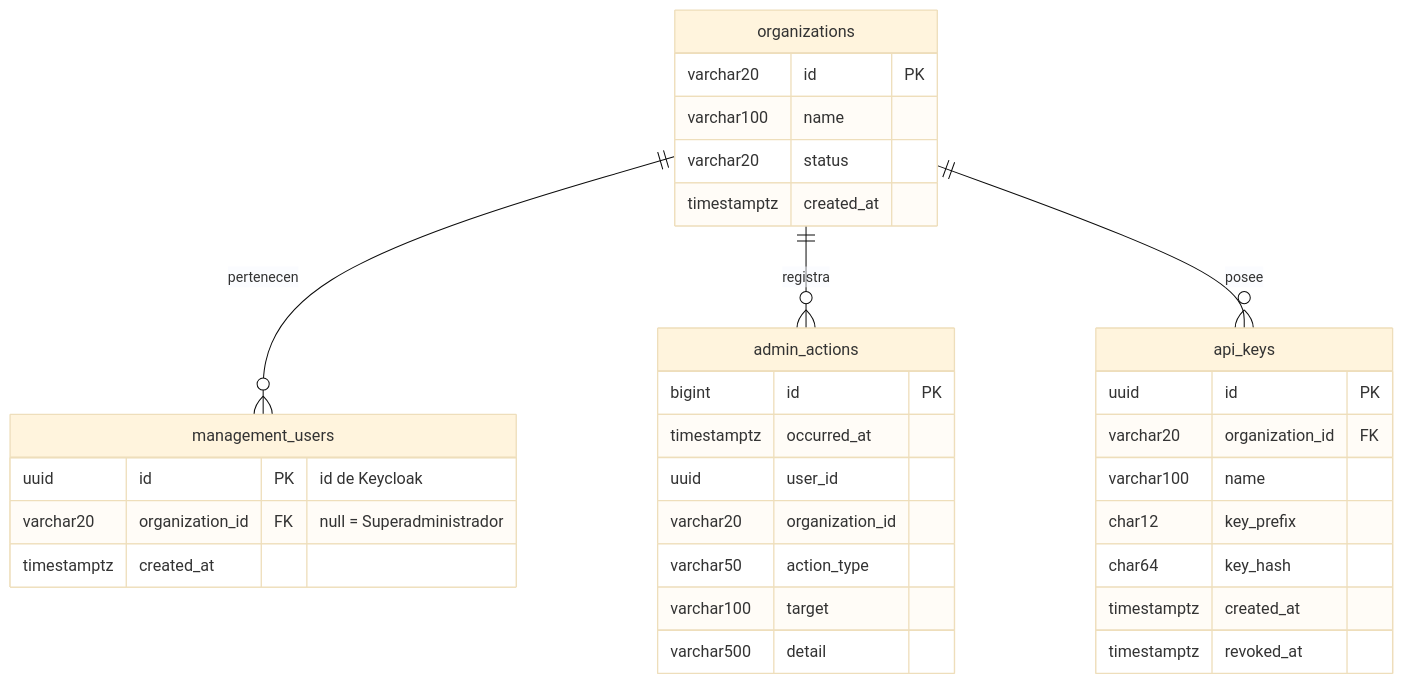
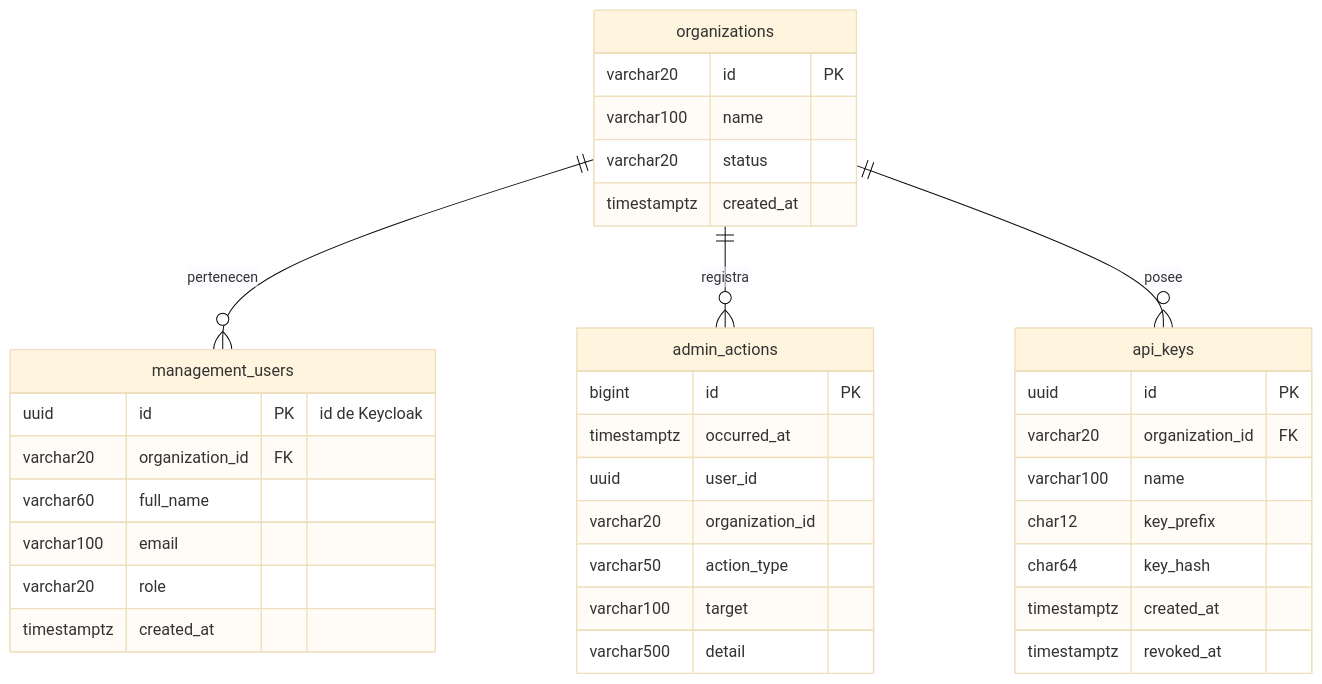
The first of 4 diagrams in docs/architecture/data-model.md (saulrampa-ual/saas-digital-voting), drawn with Mermaid (base theme) before and after one commit. The commit also changed other lines of this file and 67 other files, not shown here.

````diff
--- a/docs/architecture/data-model.md
+++ b/docs/architecture/data-model.md
@@ -20,35 +20,38 @@
 ```mermaid
 erDiagram
     organizations ||--o{ management_users : "pertenecen"
     organizations ||--o{ admin_actions : "registra"
     organizations ||--o{ api_keys : "posee"
     organizations {
         varchar20 id PK
         varchar100 name
         varchar20 status
         timestamptz created_at
     }
     management_users {
         uuid id PK "id de Keycloak"
-        varchar20 organization_id FK "null = Superadministrador"
+        varchar20 organization_id FK
+        varchar60 full_name
+        varchar100 email
+        varchar20 role
         timestamptz created_at
     }
     admin_actions {
         bigint id PK
         timestamptz occurred_at
         uuid user_id
         varchar20 organization_id
         varchar50 action_type
         varchar100 target
         varchar500 detail
     }
     api_keys {
         uuid id PK
         varchar20 organization_id FK
         varchar100 name
         char12 key_prefix
         char64 key_hash
         timestamptz created_at
         timestamptz revoked_at
     }
 ```
````
